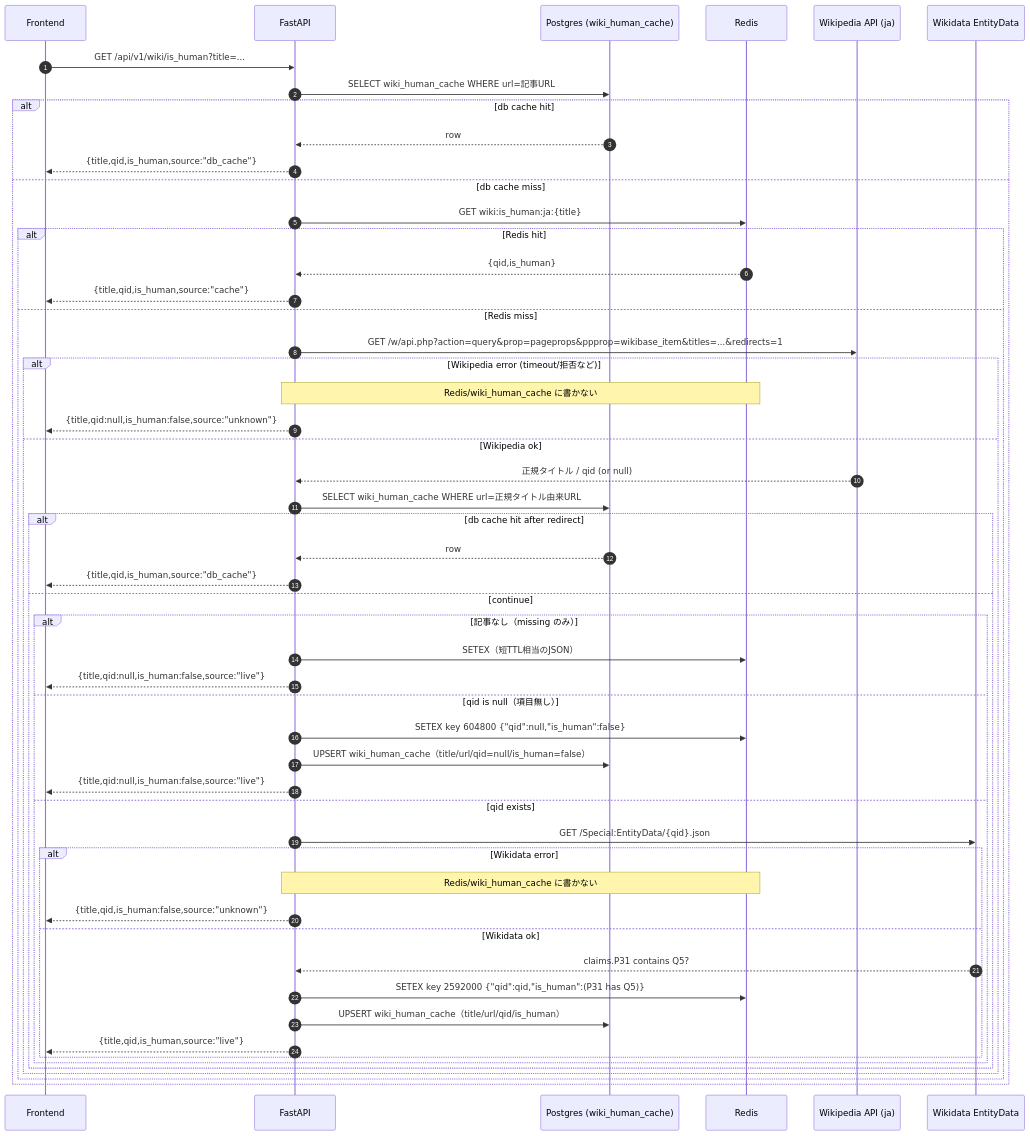
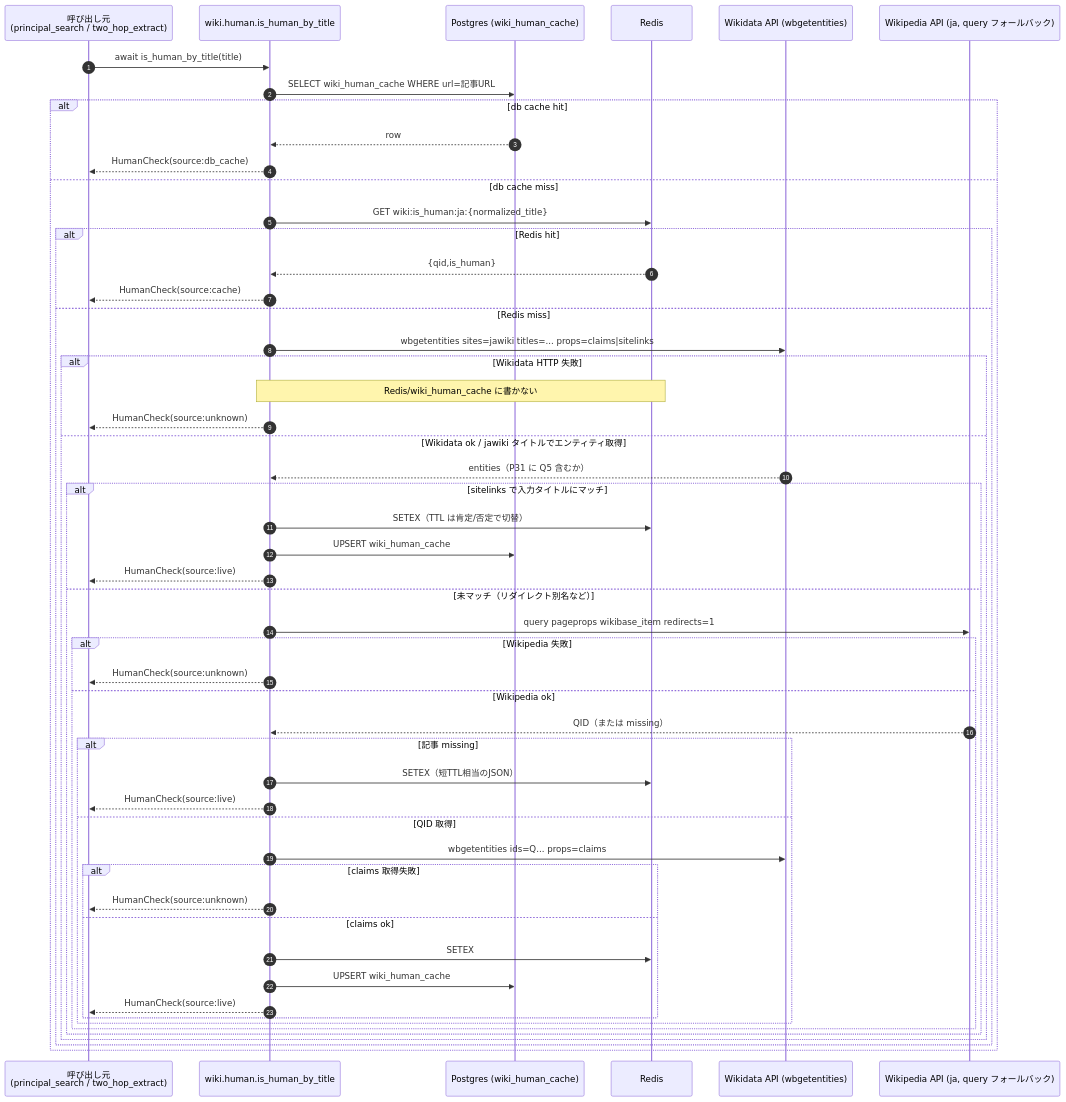
Before and after one commit to 5avvadaJ1r0/people_relation: the seventh of 8 diagrams in doc/api.md, drawn with Mermaid. The commit also changed other lines of this file and 60 other files, not shown here.

Commit message:
SSE/バルク処理/wbgetentities/wikiAPIサーバー一元化

````diff
--- a/doc/api.md
+++ b/doc/api.md
@@ -467,56 +529,56 @@
 ```mermaid
 sequenceDiagram
     autonumber
-    participant FE as Frontend
-    participant API as FastAPI
+    participant Caller as 呼び出し元<br/>(principal_search / two_hop_extract)
+    participant WH as wiki.human.is_human_by_title
     participant DB as Postgres (wiki_human_cache)
     participant R as Redis
-    participant WP as Wikipedia API (ja)
-    participant WD as Wikidata EntityData
+    participant WD as Wikidata API (wbgetentities)
+    participant WP as Wikipedia API (ja, query フォールバック)
 
-    FE->>API: GET /api/v1/wiki/is_human?title=...
-    API->>DB: SELECT wiki_human_cache WHERE url=記事URL
+    Caller->>WH: await is_human_by_title(title)
+    WH->>DB: SELECT wiki_human_cache WHERE url=記事URL
     alt db cache hit
-        DB-->>API: row
-        API-->>FE: {title,qid,is_human,source:"db_cache"}
+        DB-->>WH: row
+        WH-->>Caller: HumanCheck(source:db_cache)
     else db cache miss
-        API->>R: GET wiki:is_human:ja:{title}
+        WH->>R: GET wiki:is_human:ja:{normalized_title}
         alt Redis hit
-            R-->>API: {qid,is_human}
-            API-->>FE: {title,qid,is_human,source:"cache"}
+            R-->>WH: {qid,is_human}
+            WH-->>Caller: HumanCheck(source:cache)
         else Redis miss
-            API->>WP: GET /w/api.php?action=query&prop=pageprops&ppprop=wikibase_item&titles=...&redirects=1
-            alt Wikipedia error (timeout/拒否など)
-                Note over API,R: Redis/wiki_human_cache に書かない
-                API-->>FE: {title,qid:null,is_human:false,source:"unknown"}
-            else Wikipedia ok
-                WP-->>API: 正規タイトル / qid (or null)
-                API->>DB: SELECT wiki_human_cache WHERE url=正規タイトル由来URL
-                alt db cache hit after redirect
-                    DB-->>API: row
-                    API-->>FE: {title,qid,is_human,source:"db_cache"}
-                else continue
-                    alt 記事なし（missing のみ）
-                        API->>R: SETEX（短TTL相当のJSON）
-                        API-->>FE: {title,qid:null,is_human:false,source:"live"}
-                    else qid is null（項目無し）
-                        API->>R: SETEX key 604800 {"qid":null,"is_human":false}
-                        API->>DB: UPSERT wiki_human_cache（title/url/qid=null/is_human=false）
-                        API-->>FE: {title,qid:null,is_human:false,source:"live"}
-                    else qid exists
-                        API->>WD: GET /Special:EntityData/{qid}.json
-                        alt Wikidata error
-                            Note over API,R: Redis/wiki_human_cache に書かない
-                            API-->>FE: {title,qid,is_human:false,source:"unknown"}
-                        else Wikidata ok
-                            WD-->>API: claims.P31 contains Q5?
-                            API->>R: SETEX key 2592000 {"qid":qid,"is_human":(P31 has Q5)}
-                            API->>DB: UPSERT wiki_human_cache（title/url/qid/is_human）
-                            API-->>FE: {title,qid,is_human,source:"live"}
+            WH->>WD: wbgetentities sites=jawiki titles=... props=claims|sitelinks
+            alt Wikidata HTTP 失敗
+                Note over WH,R: Redis/wiki_human_cache に書かない
+                WH-->>Caller: HumanCheck(source:unknown)
+            else Wikidata ok / jawiki タイトルでエンティティ取得
+                WD-->>WH: entities（P31 に Q5 含むか）
+                alt sitelinks で入力タイトルにマッチ
+                    WH->>R: SETEX（TTL は肯定/否定で切替）
+                    WH->>DB: UPSERT wiki_human_cache
+                    WH-->>Caller: HumanCheck(source:live)
+                else 未マッチ（リダイレクト別名など）
+                    WH->>WP: query pageprops wikibase_item redirects=1
+                    alt Wikipedia 失敗
+                        WH-->>Caller: HumanCheck(source:unknown)
+                    else Wikipedia ok
+                        WP-->>WH: QID（または missing）
+                        alt 記事 missing
+                            WH->>R: SETEX（短TTL相当のJSON）
+                            WH-->>Caller: HumanCheck(source:live)
+                        else QID 取得
+                            WH->>WD: wbgetentities ids=Q... props=claims
+                            alt claims 取得失敗
+                                WH-->>Caller: HumanCheck(source:unknown)
+                            else claims ok
+                                WH->>R: SETEX
+                                WH->>DB: UPSERT wiki_human_cache
+                                WH-->>Caller: HumanCheck(source:live)
+                            end
                         end
                     end
                 end
             end
         end
     end
 ```
````
